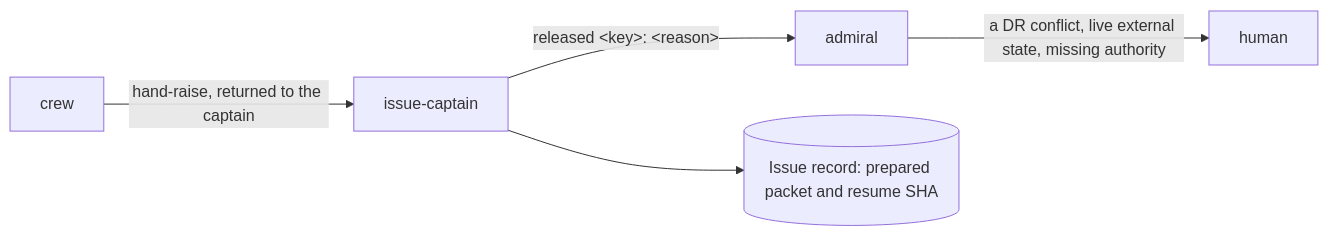
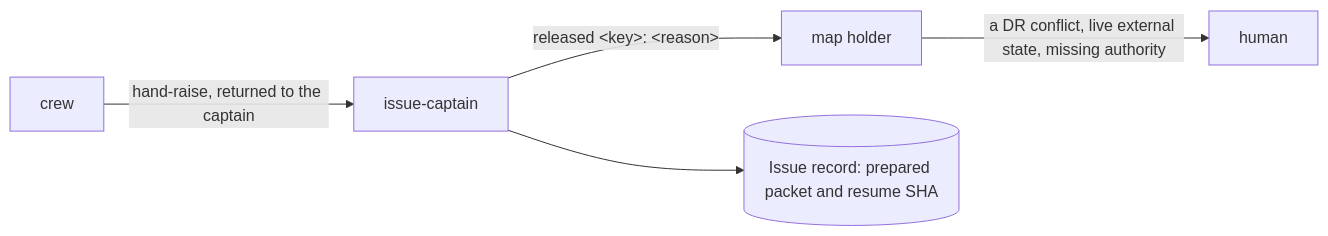
The tenth of 12 diagrams in dydo/understand/control-flow.md (bodnarbalazs/dydo), drawn with Mermaid before and after one commit. The commit also changed other lines of this file and 28 other files, not shown here.

````diff
--- a/dydo/understand/control-flow.md
+++ b/dydo/understand/control-flow.md
@@ -586,7 +597,7 @@
 ```mermaid
 flowchart LR
   W[crew] -->|hand-raise, returned to the captain| C[issue-captain]
-  C -->|released &lt;key&gt;: &lt;reason&gt;| A[admiral]
+  C -->|released &lt;key&gt;: &lt;reason&gt;| A[map holder]
   C --> R[(Issue record: prepared packet and resume SHA)]
   A -->|a DR conflict, live external state, missing authority| H[human]
 ```
````
